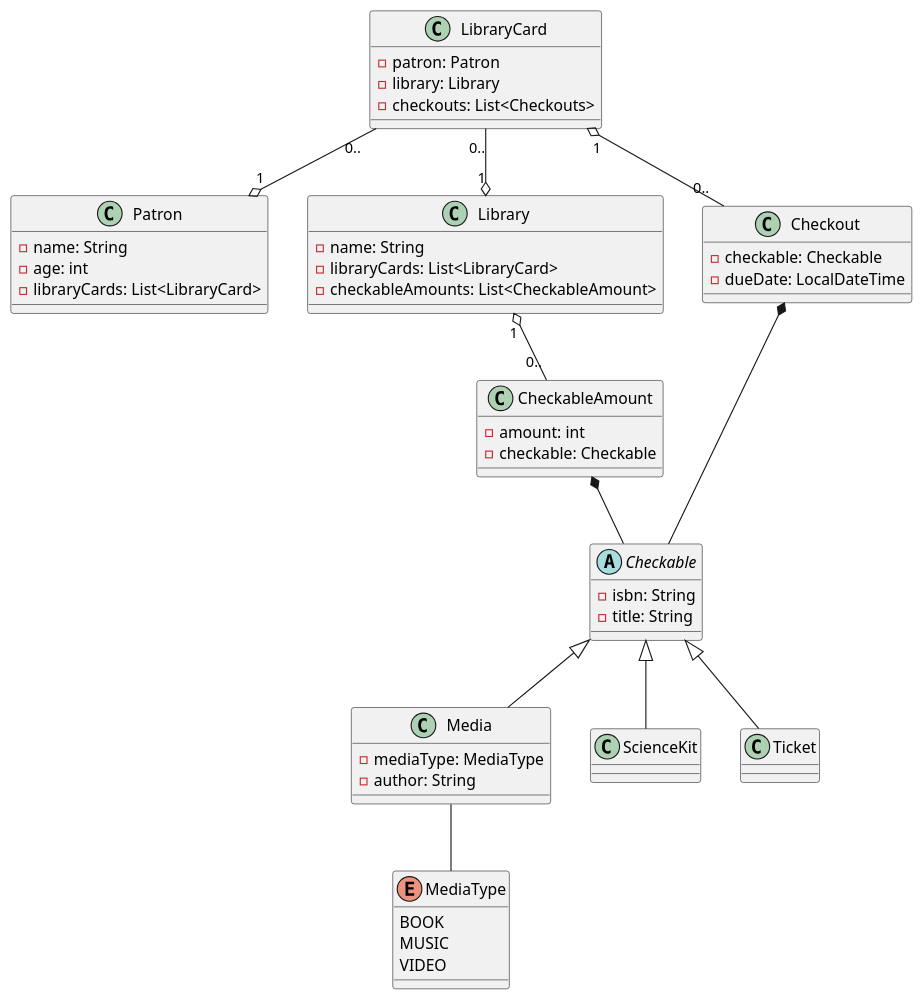
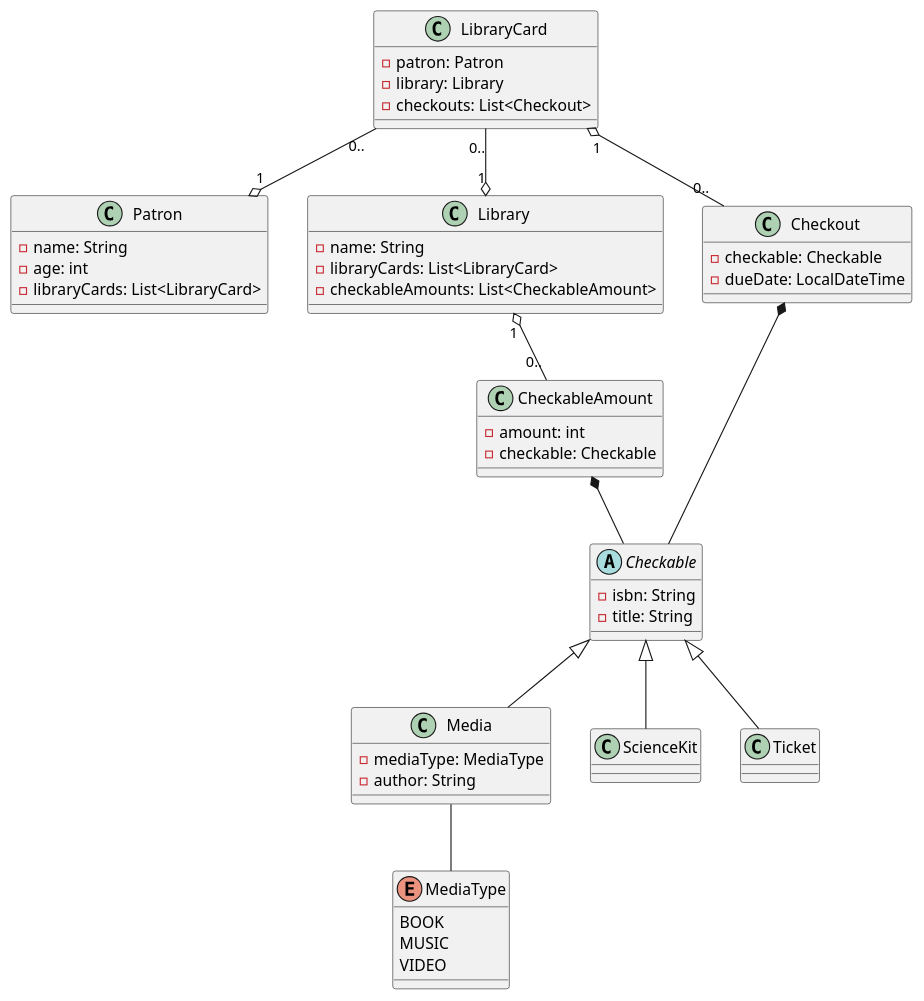
The diagram in src/resources/Models_ClassDiagram.puml (ryleeez/Sprint-12-Challenge-LibraryService), drawn with PlantUML before and after one commit.

Commit message:
Update Models_ClassDiagram.puml
typo fix

```diff
--- a/src/resources/Models_ClassDiagram.puml
+++ b/src/resources/Models_ClassDiagram.puml
@@ -1,68 +1,68 @@
 @startuml
 
 class Patron {
     -name: String
     -age: int
     -libraryCards: List<LibraryCard>
 }
 
 class Library {
     -name: String
     -libraryCards: List<LibraryCard>
     -checkableAmounts: List<CheckableAmount>
 }
 
 abstract class Checkable {
     -isbn: String
     -title: String
 }
 
 class CheckableAmount {
     -amount: int
     -checkable: Checkable
 }
 
 class LibraryCard {
     -patron: Patron
     -library: Library
-    -checkouts: List<Checkouts>
+    -checkouts: List<Checkout>
 }
 
 class Checkout {
     -checkable: Checkable
     -dueDate: LocalDateTime
 }
 
 class Media {
 -mediaType: MediaType
 -author: String
 }
 
 enum MediaType {
     BOOK
     MUSIC
     VIDEO
 }
 
 class ScienceKit {
 
 }
 
 class Ticket {
 }
 
 LibraryCard "0.." --o "1" Patron
 LibraryCard "0.." --o "1" Library
 LibraryCard "1" o-- "0.." Checkout
 
 Library "1" o-- "0.." CheckableAmount
 
 CheckableAmount *- Checkable
 Checkout *--- Checkable
 
 Checkable <|-- Media
 Checkable <|-- ScienceKit
 Checkable <|-- Ticket
 
 Media -- MediaType
 @enduml
```
